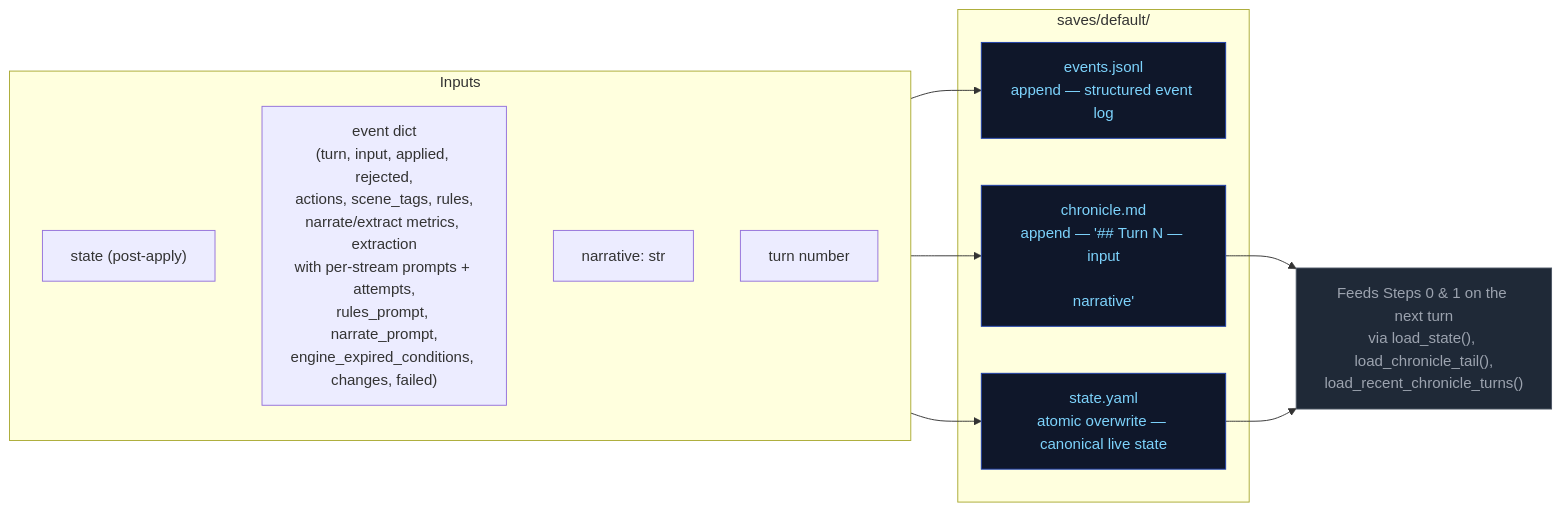
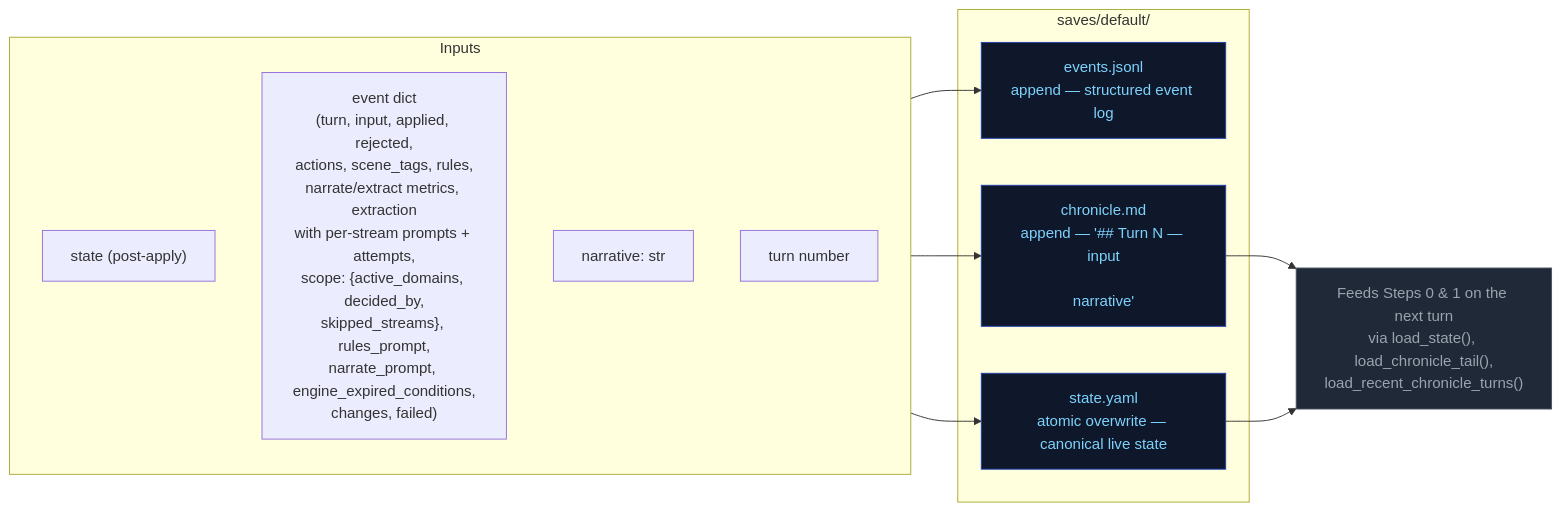
One commit to pww217/fablethread changed the eighth of 11 diagrams in docs/ARCHITECTURE.md. Above: the diagram before and after it, drawn with Mermaid. The commit also changed other lines of this file and 22 other files, not shown here.

````diff
--- a/docs/ARCHITECTURE.md
+++ b/docs/ARCHITECTURE.md
@@ -334,26 +354,26 @@
 ```mermaid
 flowchart LR
     classDef storageNode fill:#0f172a,color:#7dd3fc,stroke:#1e40af
     classDef pyNode      fill:#1f2937,color:#9ca3af,stroke:#4b5563
 
     subgraph IN["Inputs"]
         P1["state (post-apply)"]
-        P2["event dict<br>(turn, input, applied, rejected,<br>actions, scene_tags, rules,<br>narrate/extract metrics, extraction<br>with per-stream prompts + attempts,<br>rules_prompt, narrate_prompt,<br>engine_expired_conditions, changes, failed)"]
+        P2["event dict<br>(turn, input, applied, rejected,<br>actions, scene_tags, rules,<br>narrate/extract metrics, extraction<br>with per-stream prompts + attempts,<br>scope: {active_domains, decided_by,<br>skipped_streams}, rules_prompt,<br>narrate_prompt, engine_expired_conditions,<br>changes, failed)"]
         P3["narrative: str"]
         P4["turn number"]
     end
 
     subgraph WRITES["saves/default/"]
         W1["events.jsonl<br>append — structured event log"]:::storageNode
         W2["state.yaml<br>atomic overwrite — canonical live state"]:::storageNode
         W3["chronicle.md<br>append — '## Turn N — input\n\nnarrative'"]:::storageNode
     end
 
     READBACK["Feeds Steps 0 & 1 on the next turn<br>via load_state(), load_chronicle_tail(),<br>load_recent_chronicle_turns()"]:::pyNode
 
     IN --> W1
     IN --> W2
     IN --> W3
     W3 --> READBACK
     W2 --> READBACK
 ```
````
